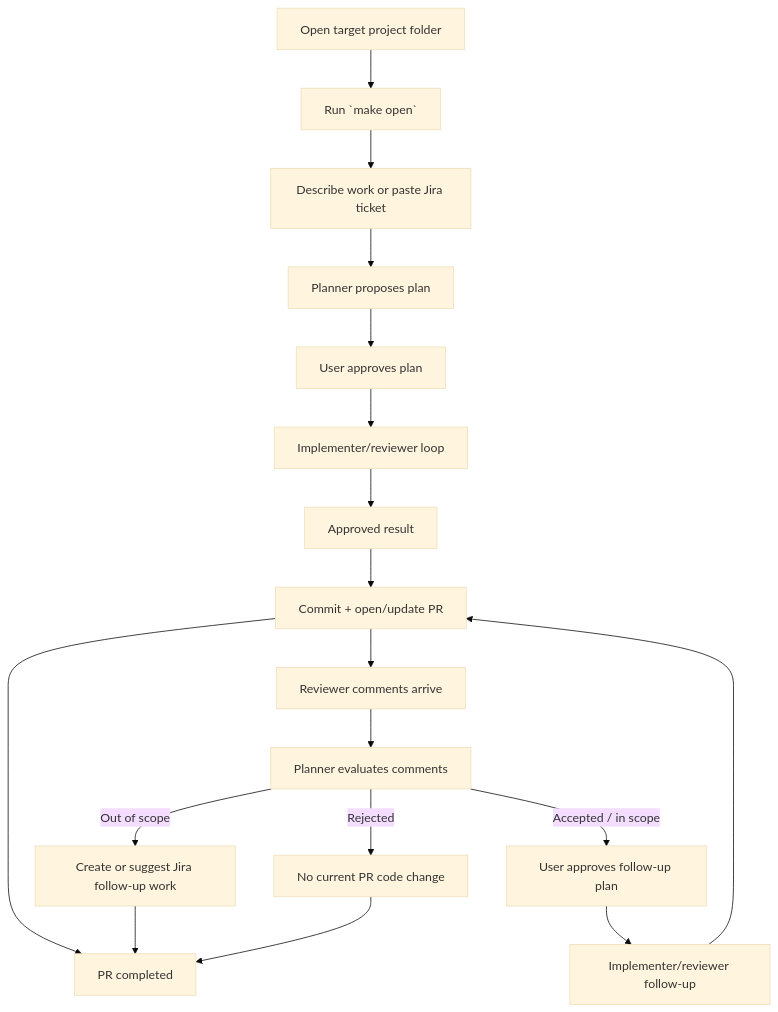
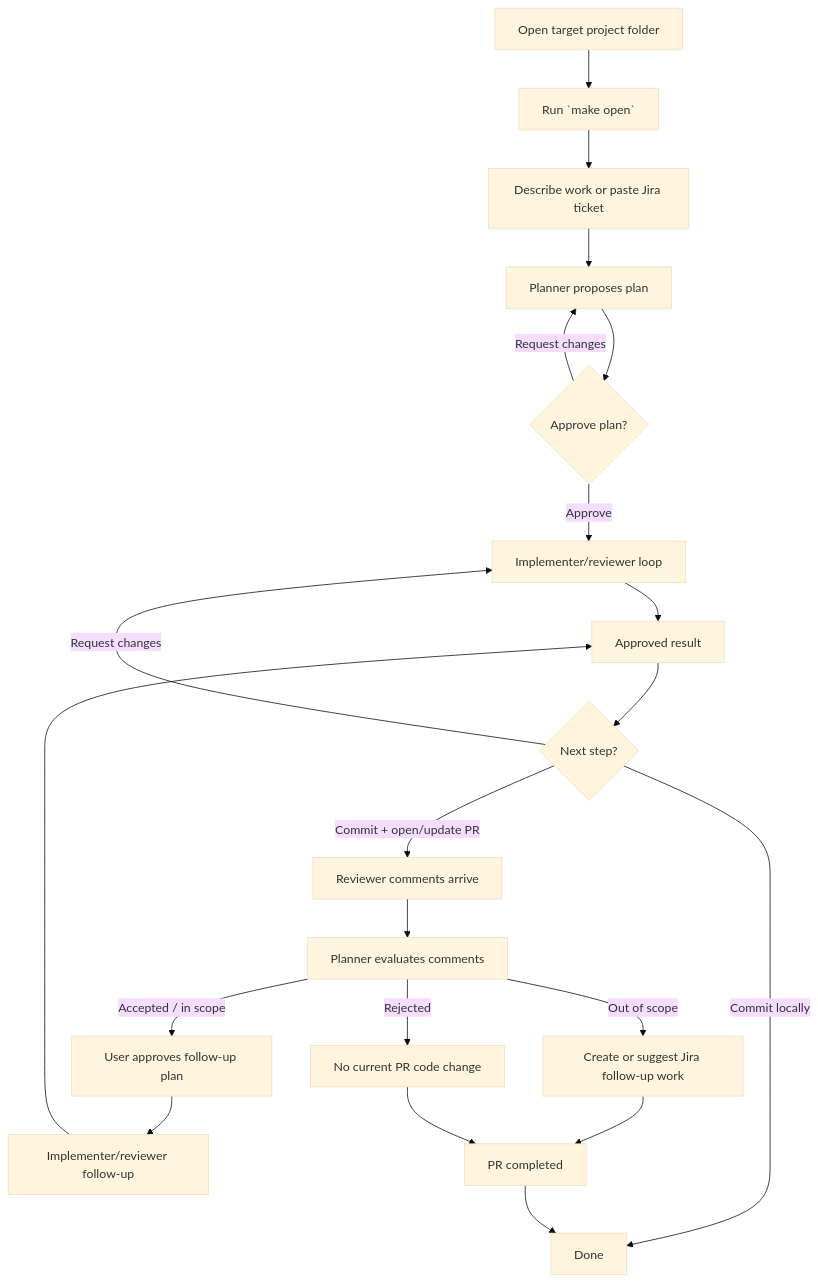
Before and after one commit to stoscupc/opencode-agent: the diagram in README.md, drawn with Mermaid (base theme).

Commit message:
Refine README workflow diagram decisions

````diff
--- a/README.md
+++ b/README.md
@@ -95,20 +95,23 @@
 ```mermaid
 flowchart TD
     A[Open target project folder] --> B[Run `make open`]
     B --> C[Describe work or paste Jira ticket]
     C --> D[Planner proposes plan]
-    D --> E[User approves plan]
-    E --> F[Implementer/reviewer loop]
+    D --> E{Approve plan?}
+    E -->|Request changes| D
+    E -->|Approve| F[Implementer/reviewer loop]
     F --> G[Approved result]
-    G --> H[Commit + open/update PR]
-    H --> O[PR completed]
-    H --> I[Reviewer comments arrive]
+    G --> H{Next step?}
+    H -->|Commit locally| P[Done]
+    H -->|Commit + open/update PR| I[Reviewer comments arrive]
+    H -->|Request changes| F
     I --> J[Planner evaluates comments]
     J -->|Accepted / in scope| K[User approves follow-up plan]
     K --> L[Implementer/reviewer follow-up]
-    L --> H
+    L --> G
     J -->|Out of scope| M[Create or suggest Jira follow-up work]
     J -->|Rejected| N[No current PR code change]
-    M --> O
+    M --> O[PR completed]
     N --> O
+    O --> P
 ```
````
